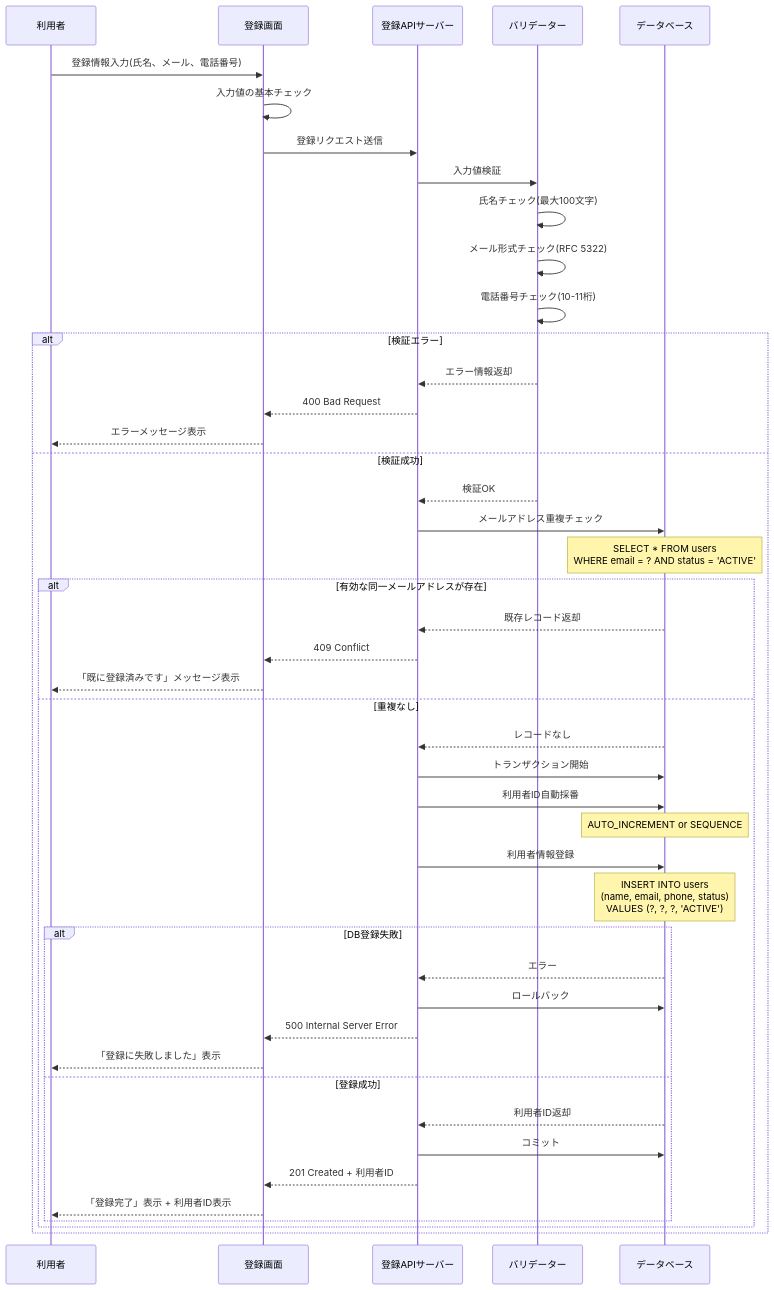
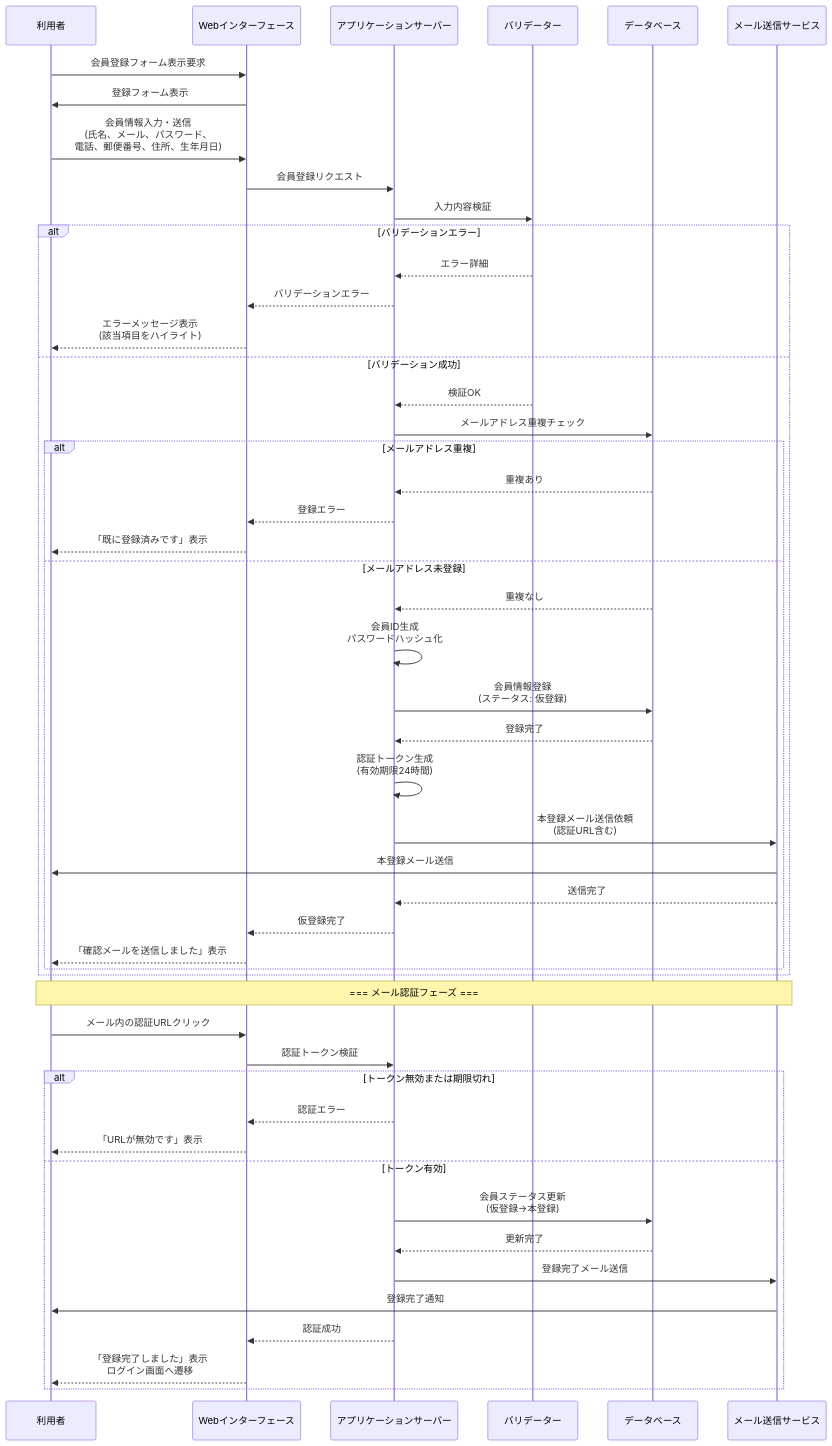
The diagram in docs/sequence.md (MahiroIkeda/sequence-chatbot_2), drawn with Mermaid before and after one commit. The commit also changed other lines of this file, not shown here.

Commit message:
docs: 仕様を更新 — シーケンス図を更新 (2026-05-12 23:16)

````diff
--- a/docs/sequence.md
+++ b/docs/sequence.md
@@ -8,57 +8,71 @@
 ```mermaid
 sequenceDiagram
-    participant U as 利用者
-    participant UI as 登録画面
-    participant API as 登録APIサーバー
-    participant Valid as バリデーター
+    participant User as 利用者
+    participant WebUI as Webインターフェース
+    participant AppServer as アプリケーションサーバー
+    participant Validator as バリデーター
     participant DB as データベース
+    participant MailService as メール送信サービス
 
-    U->>UI: 登録情報入力(氏名、メール、電話番号)
-    UI->>UI: 入力値の基本チェック
-    UI->>API: 登録リクエスト送信
+    User->>WebUI: 会員登録フォーム表示要求
+    WebUI->>User: 登録フォーム表示
+
+    User->>WebUI: 会員情報入力・送信<br/>(氏名、メール、パスワード、<br/>電話、郵便番号、住所、生年月日)
     
-    API->>Valid: 入力値検証
-    Valid->>Valid: 氏名チェック(最大100文字)
-    Valid->>Valid: メール形式チェック(RFC 5322)
-    Valid->>Valid: 電話番号チェック(10-11桁)
+    WebUI->>AppServer: 会員登録リクエスト
     
-    alt 検証エラー
-        Valid-->>API: エラー情報返却
-        API-->>UI: 400 Bad Request
-        UI-->>U: エラーメッセージ表示
-    else 検証成功
-        Valid-->>API: 検証OK
+    AppServer->>Validator: 入力内容検証
+    
+    alt バリデーションエラー
+        Validator-->>AppServer: エラー詳細
+        AppServer-->>WebUI: バリデーションエラー
+        WebUI-->>User: エラーメッセージ表示<br/>(該当項目をハイライト)
+    else バリデーション成功
+        Validator-->>AppServer: 検証OK
         
-        API->>DB: メールアドレス重複チェック
-        Note over DB: SELECT * FROM users<br/>WHERE email = ? AND status = 'ACTIVE'
+        AppServer->>DB: メールアドレス重複チェック
         
-        alt 有効な同一メールアドレスが存在
-            DB-->>API: 既存レコード返却
-            API-->>UI: 409 Conflict
-            UI-->>U: 「既に登録済みです」メッセージ表示
-        else 重複なし
-            DB-->>API: レコードなし
+        alt メールアドレス重複
+            DB-->>AppServer: 重複あり
+            AppServer-->>WebUI: 登録エラー
+            WebUI-->>User: 「既に登録済みです」表示
+        else メールアドレス未登録
+            DB-->>AppServer: 重複なし
             
-            API->>DB: トランザクション開始
-            API->>DB: 利用者ID自動採番
-            Note over DB: AUTO_INCREMENT or SEQUENCE
-            API->>DB: 利用者情報登録
-            Note over DB: INSERT INTO users<br/>(name, email, phone, status)<br/>VALUES (?, ?, ?, 'ACTIVE')
+            AppServer->>AppServer: 会員ID生成<br/>パスワードハッシュ化
+            AppServer->>DB: 会員情報登録<br/>(ステータス: 仮登録)
+            DB-->>AppServer: 登録完了
             
-            alt DB登録失敗
-                DB-->>API: エラー
-                API->>DB: ロールバック
-                API-->>UI: 500 Internal Server Error
-                UI-->>U: 「登録に失敗しました」表示
-            else 登録成功
-                DB-->>API: 利用者ID返却
-                API->>DB: コミット
-                API-->>UI: 201 Created + 利用者ID
-                UI-->>U: 「登録完了」表示 + 利用者ID表示
-            end
+            AppServer->>AppServer: 認証トークン生成<br/>(有効期限24時間)
+            
+            AppServer->>MailService: 本登録メール送信依頼<br/>(認証URL含む)
+            MailService->>User: 本登録メール送信
+            MailService-->>AppServer: 送信完了
+            
+            AppServer-->>WebUI: 仮登録完了
+            WebUI-->>User: 「確認メールを送信しました」表示
         end
     end
 
+    Note over User,MailService: === メール認証フェーズ ===
+    
+    User->>WebUI: メール内の認証URLクリック
+    WebUI->>AppServer: 認証トークン検証
+    
+    alt トークン無効または期限切れ
+        AppServer-->>WebUI: 認証エラー
+        WebUI-->>User: 「URLが無効です」表示
+    else トークン有効
+        AppServer->>DB: 会員ステータス更新<br/>(仮登録→本登録)
+        DB-->>AppServer: 更新完了
+        
+        AppServer->>MailService: 登録完了メール送信
+        MailService->>User: 登録完了通知
+        
+        AppServer-->>WebUI: 認証成功
+        WebUI-->>User: 「登録完了しました」表示<br/>ログイン画面へ遷移
+    end
+
     %% 仕様参照: docs/specification.md
-    %% 生成日時: 2026-05-12 21:23
+    %% 生成日時: 2026-05-12 23:14
 ```
````
